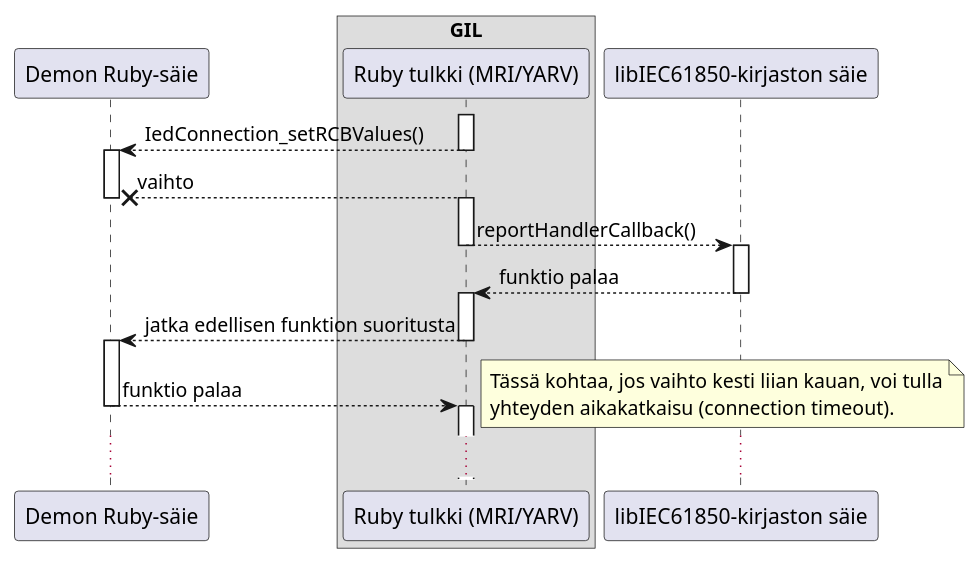
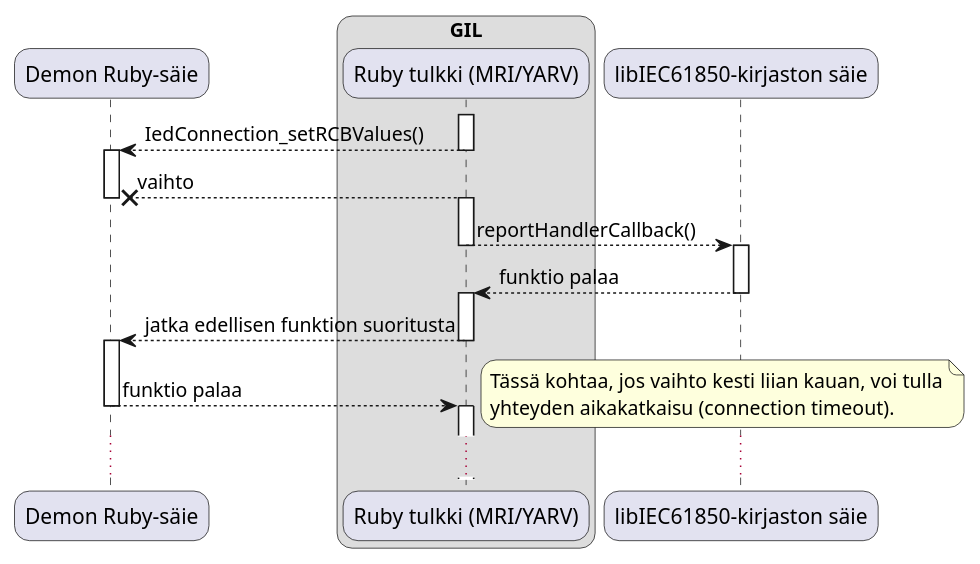
Before and after one commit to Kazhuu/tut_master_thesis: the diagram in uml/ruby-gil.puml, drawn with PlantUML. The commit also changed 3 other files, not shown here.

```diff
--- a/uml/ruby-gil.puml
+++ b/uml/ruby-gil.puml
@@ -1,32 +1,33 @@
 @startuml
+skinparam roundcorner 20
 participant "Demon Ruby-säie" as demo
 box "GIL"
 	participant "Ruby tulkki (MRI/YARV)" as ruby
 end box
 participant "libIEC61850-kirjaston säie" as thread
 
 activate ruby
 ruby --> demo : IedConnection_setRCBValues()
 deactivate ruby
 activate demo
 ruby -->x demo : vaihto
 deactivate demo
 activate ruby
 ruby --> thread : reportHandlerCallback()
 deactivate ruby
 activate thread
 thread --> ruby : funktio palaa
 deactivate thread
 activate ruby
 ruby --> demo : jatka edellisen funktion suoritusta
 deactivate ruby
 activate demo
 demo --> ruby : funktio palaa
 note right
 	Tässä kohtaa, jos vaihto kesti liian kauan, voi tulla
 	yhteyden aikakatkaisu (connection timeout).
 end note
 deactivate demo
 activate ruby
 ...
 @enduml
```
